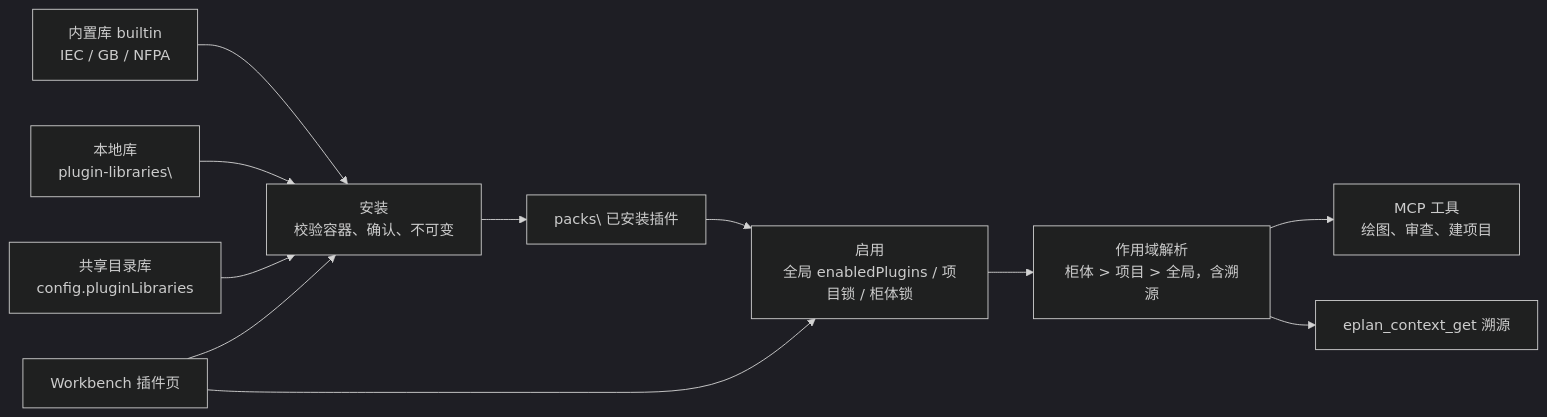
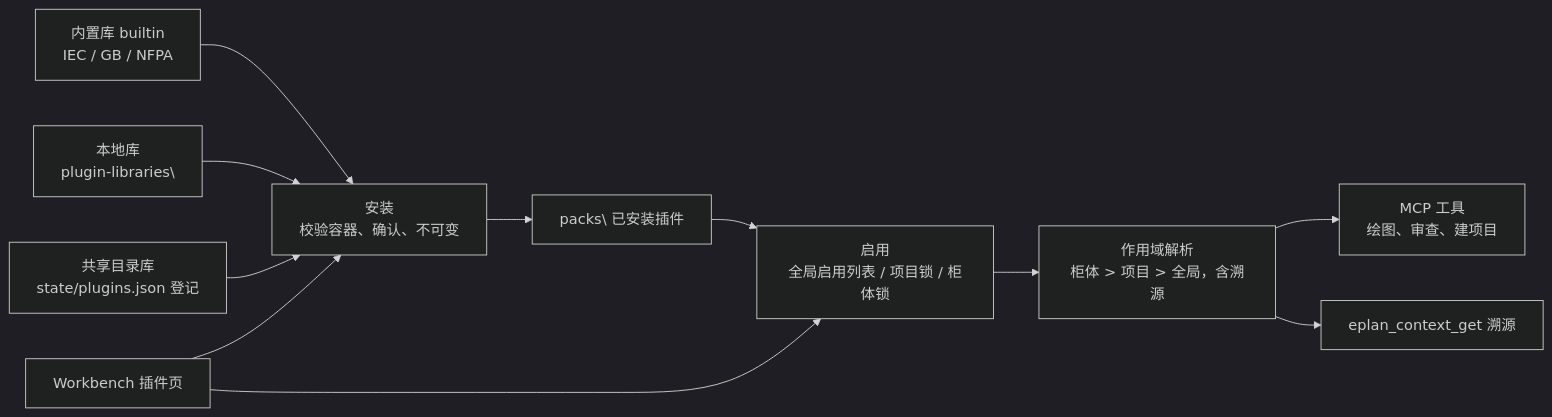
One commit to asckye/eplan-mcp changed the diagram in docs/design/2026-11-02-plugin-libraries.md. Above: the diagram before and after it, drawn with Mermaid (dark theme). The commit also changed other lines of this file and 3 other files, not shown here.

````diff
--- a/docs/design/2026-11-02-plugin-libraries.md
+++ b/docs/design/2026-11-02-plugin-libraries.md
@@ -28,13 +28,13 @@
 ```mermaid
 flowchart LR
   B[内置库 builtin<br/>IEC / GB / NFPA] --> I
   L[本地库<br/>plugin-libraries\] --> I
-  S[共享目录库<br/>config.pluginLibraries] --> I
+  S[共享目录库<br/>state/plugins.json 登记] --> I
   I[安装<br/>校验容器、确认、不可变] --> P[packs\ 已安装插件]
-  P --> E[启用<br/>全局 enabledPlugins / 项目锁 / 柜体锁]
+  P --> E[启用<br/>全局启用列表 / 项目锁 / 柜体锁]
   E --> R[作用域解析<br/>柜体 > 项目 > 全局，含溯源]
   R --> T[MCP 工具<br/>绘图、审查、建项目]
   R --> C[eplan_context_get 溯源]
   W[Workbench 插件页] --> I
   W --> E
 ```
````
